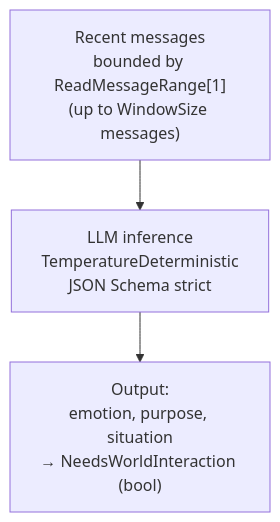
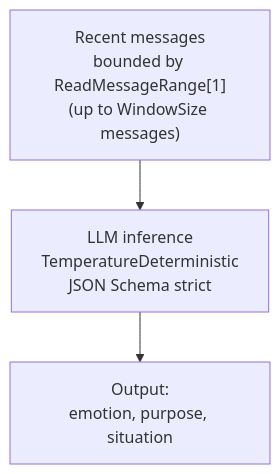
One commit to KoanJan/qingqiu-world changed the fourth of 9 diagrams in doc/engineering_implements/context-engineering-pipeline.md. Above: the diagram before and after it, drawn with Mermaid. The commit also changed other lines of this file and 36 other files, not shown here.

````diff
--- a/doc/engineering_implements/context-engineering-pipeline.md
+++ b/doc/engineering_implements/context-engineering-pipeline.md
@@ -115,5 +115,5 @@
 ```mermaid
 flowchart TD
     Input["Recent messages<br/>bounded by ReadMessageRange[1]<br/>(up to WindowSize messages)"] --> LLM["LLM inference<br/>TemperatureDeterministic<br/>JSON Schema strict"]
-    LLM --> Output["Output:<br/>emotion, purpose, situation<br/>→ NeedsWorldInteraction (bool)"]
+    LLM --> Output["Output:<br/>emotion, purpose, situation"]
 ```
````
